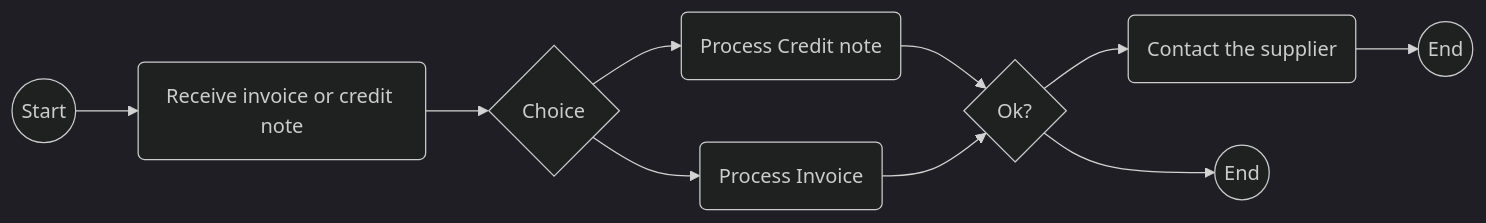
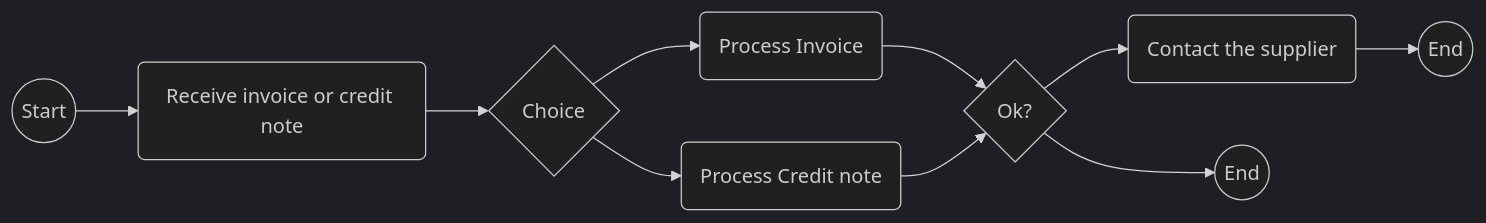
One commit to peppolautoriteit-nl/Invoice-Processes-Draft changed the third of 3 diagrams in Invoice_to_Payment_Process/Invoice_to_Payment_Process.md. Above: the diagram before and after it, drawn with Mermaid (dark theme). The commit also changed other lines of this file, not shown here.

Commit message:
Updated diagrams

````diff
--- a/Invoice_to_Payment_Process/Invoice_to_Payment_Process.md
+++ b/Invoice_to_Payment_Process/Invoice_to_Payment_Process.md
@@ -64,12 +91,12 @@
 ```mermaid
 graph LR
 	A((Start))-->B(Receive invoice or credit note)
 	B-->C{Choice}
-	C-->D(Process Credit note)
-	C-->E(Process Invoice)
+	C-->D(Process Invoice)
+	C-->E(Process Credit note)
 	D-->F{Ok?}
 	E-->F
 	F-->G(Contact the supplier)
 	G-->H((End))
 	F-->I((End))
 ```
````
